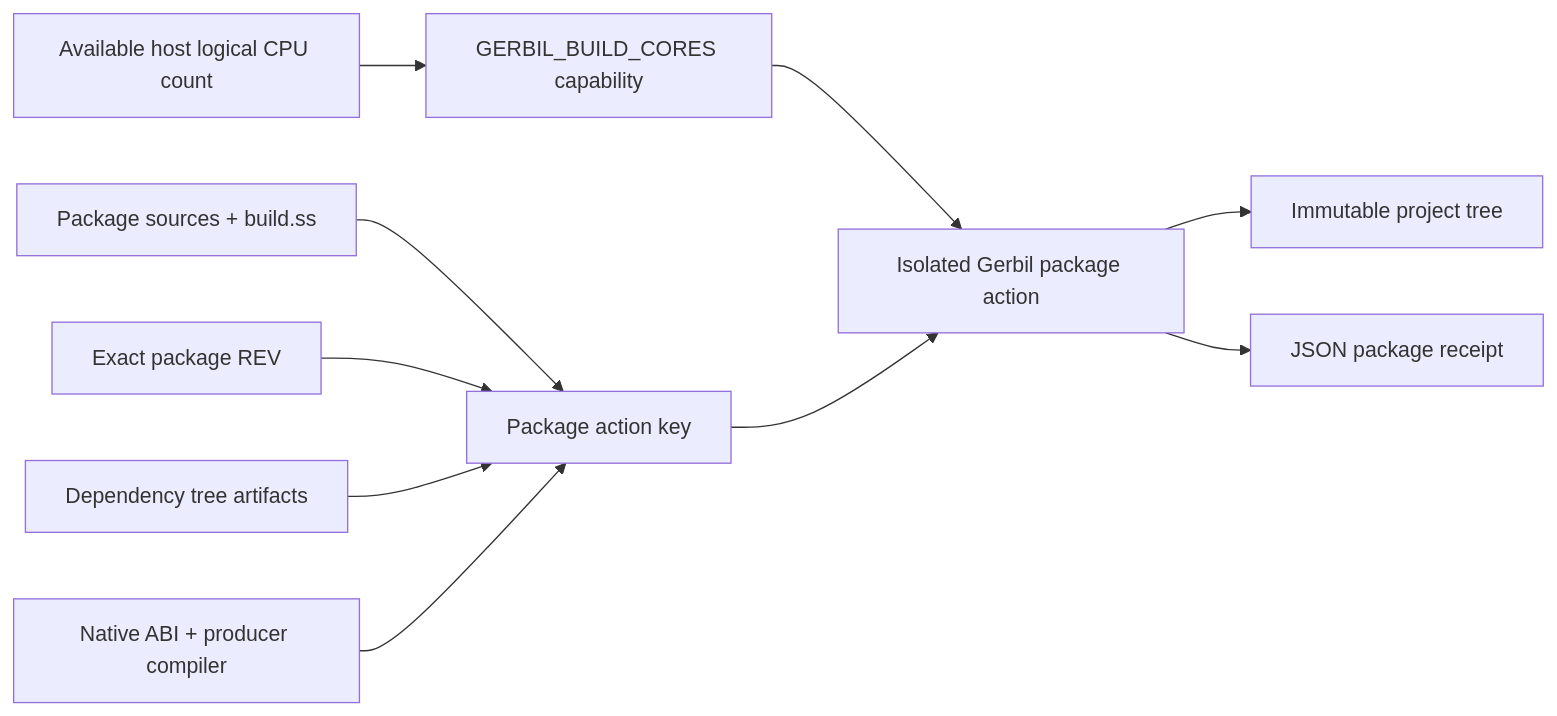
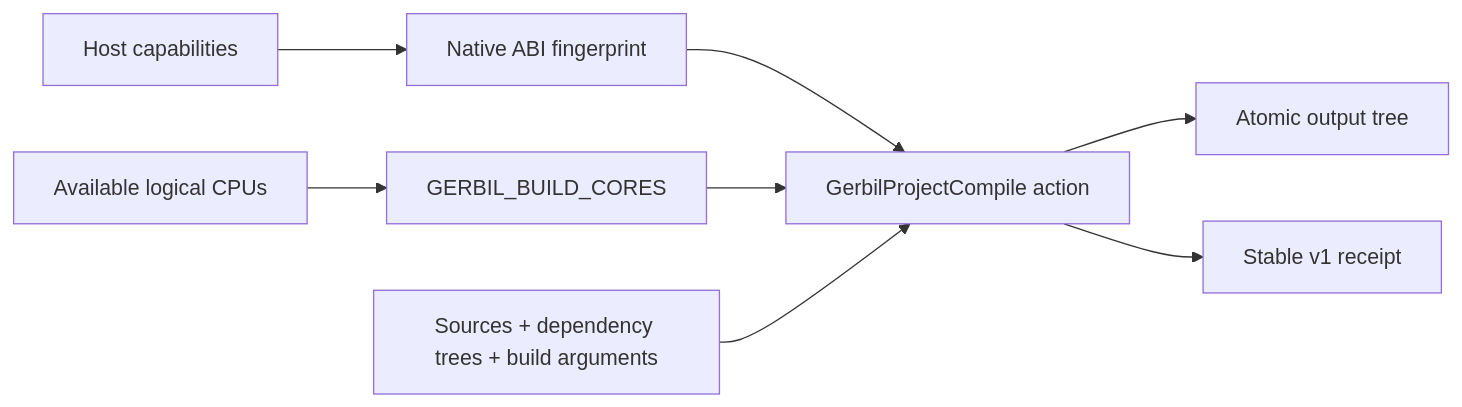
The second of 2 diagrams in docs/rfc/0003-atomic-package-graph.org (tao3k/gerbil-bazel), drawn with Mermaid before and after one commit. The commit also changed other lines of this file and 29 other files, not shown here.

Commit message:
refactor: delegate Gerbil package and linker semantics upstream

```diff
--- a/docs/rfc/0003-atomic-package-graph.org
+++ b/docs/rfc/0003-atomic-package-graph.org
@@ -125,12 +116,10 @@
 #+begin_src mermaid
 flowchart LR
-  SRC[Package sources + build.ss] --> KEY[Package action key]
-  REV[Exact package REV] --> KEY
-  DEPS[Dependency tree artifacts] --> KEY
-  ABI[Native ABI + producer compiler] --> KEY
-  CPU[Available host logical CPU count] --> CORES[GERBIL_BUILD_CORES capability]
+  HOST["Host capabilities"] --> ABI["Native ABI fingerprint"]
+  CPU["Available logical CPUs"] --> CORES["GERBIL_BUILD_CORES"]
+  ABI --> ACTION["GerbilProjectCompile action"]
   CORES --> ACTION
-  KEY --> ACTION[Isolated Gerbil package action]
-  ACTION --> TREE[Immutable project tree]
-  ACTION --> RECEIPT[JSON package receipt]
+  INPUTS["Sources + dependency trees + build arguments"] --> ACTION
+  ACTION --> TREE["Atomic output tree"]
+  ACTION --> JSON["Stable v1 receipt"]
 #+end_src
```
